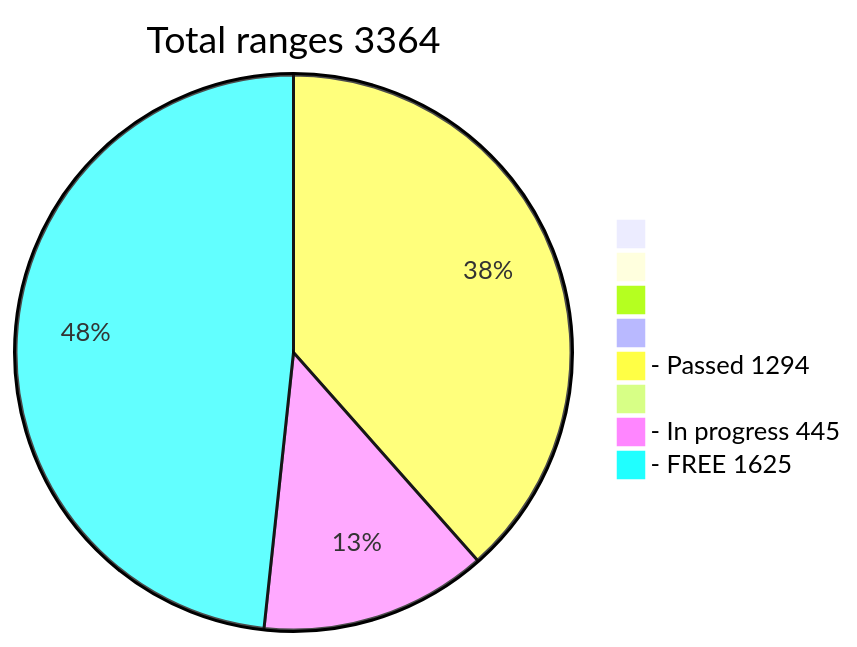
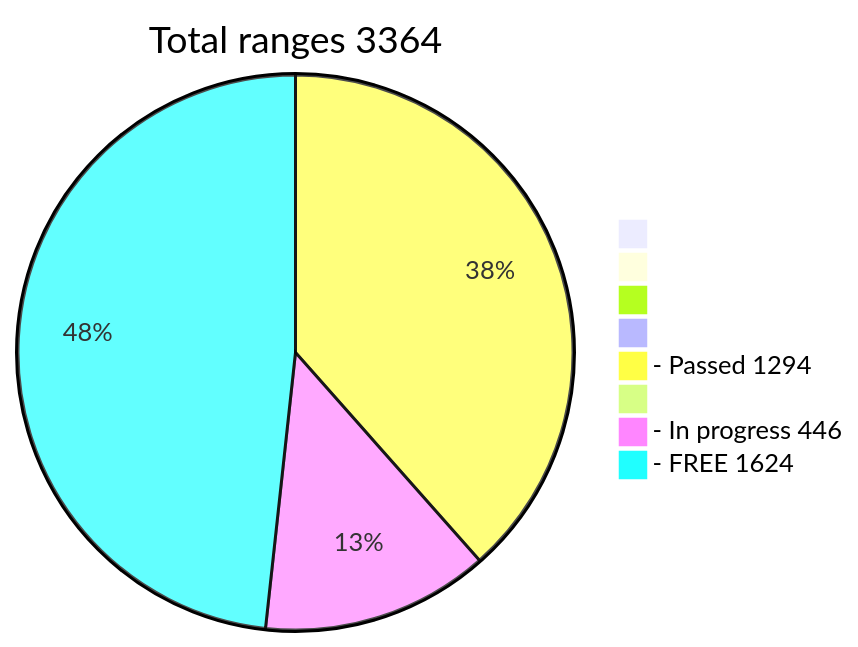
The diagram in README.md (phrutis/wif500), drawn with Mermaid before and after one commit.

````diff
--- a/README.md
+++ b/README.md
@@ -16,12 +16,12 @@
 ```mermaid
 pie title Total ranges 3364
              " " : 0
             "  " : 0
            "   " : 0
           "    " : 0
   "- Passed 1294" : 1294
          "     " : 0
-  "- In progress 445" : 445
-   "- FREE 1625" : 1625
+  "- In progress 446" : 446
+   "- FREE 1624" : 1624
    
 ```
````
